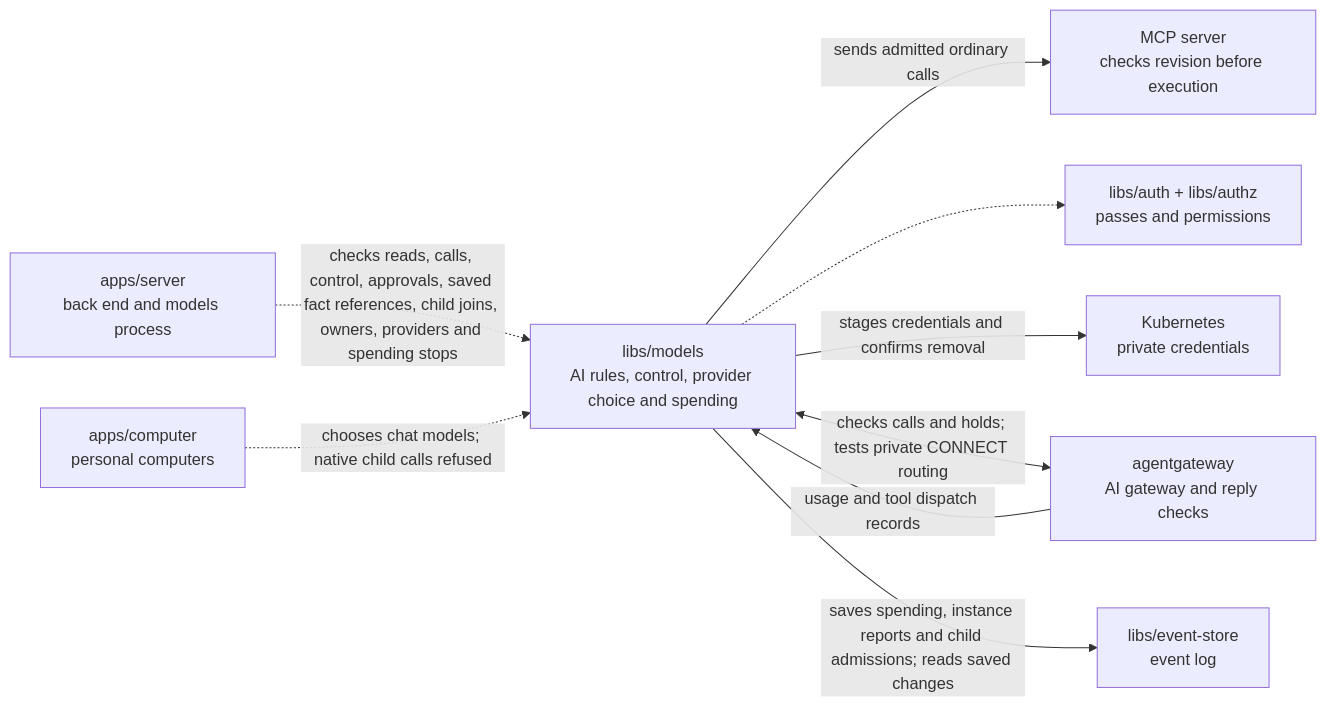
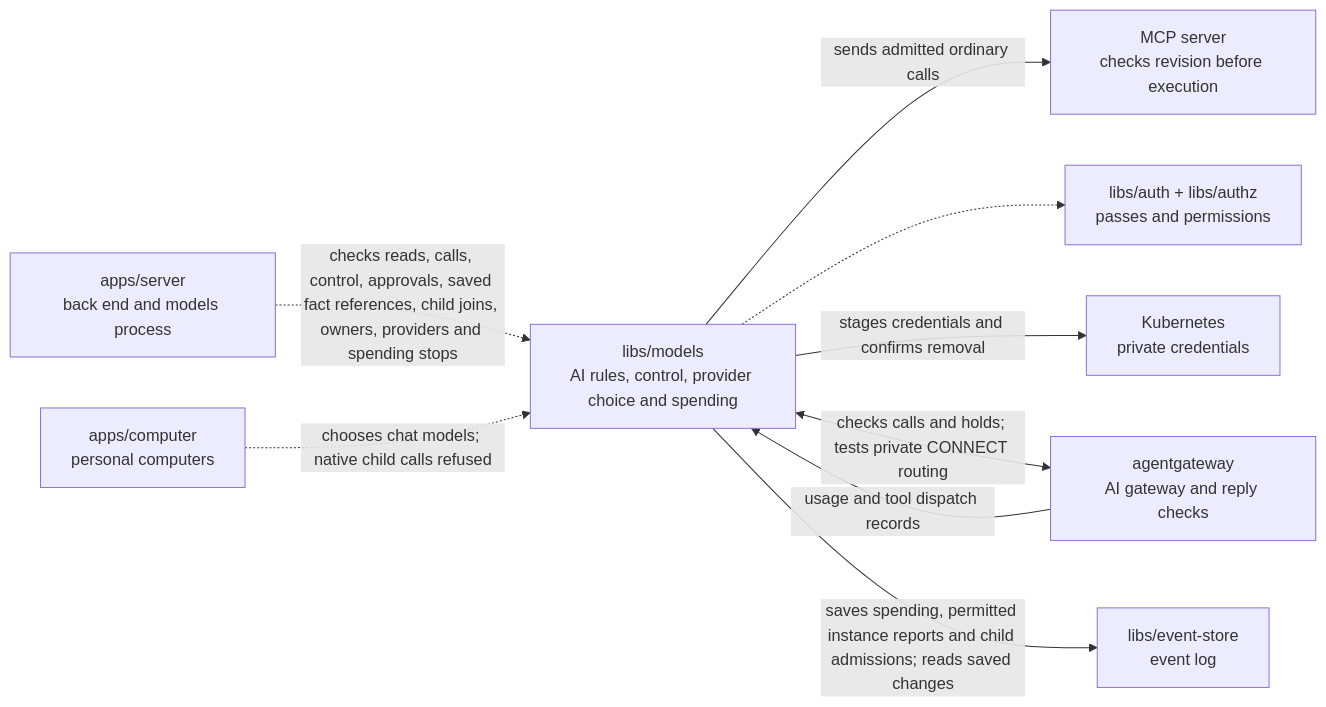
The diagram in libs/models/README.md (elewa-git/opencrane-new), drawn with Mermaid before and after one commit. The commit also changed other lines of this file and 10 other files, not shown here.

````diff
--- a/libs/models/README.md
+++ b/libs/models/README.md
@@ -14,11 +14,11 @@
 ```mermaid
 flowchart LR
   server["apps/server<br/>back end and models process"] -.->|checks reads, calls, control, approvals, saved fact references, child joins, owners, providers and spending stops| models["libs/models<br/>AI rules, control, provider choice and spending"]
   models -->|sends admitted ordinary calls| mcp["MCP server<br/>checks revision before execution"]
   computer["apps/computer<br/>personal computers"] -.->|chooses chat models; native child calls refused| models
   models -.-> auth["libs/auth + libs/authz<br/>passes and permissions"]
   models -->|stages credentials and confirms removal| custody["Kubernetes<br/>private credentials"]
   models <-->|checks calls and holds; tests private CONNECT routing| gateway["agentgateway<br/>AI gateway and reply checks"]
   gateway -->|usage and tool dispatch records| models
-  models -->|saves spending, instance reports and child admissions; reads saved changes| store["libs/event-store<br/>event log"]
+  models -->|saves spending, permitted instance reports and child admissions; reads saved changes| store["libs/event-store<br/>event log"]
 ```
````
